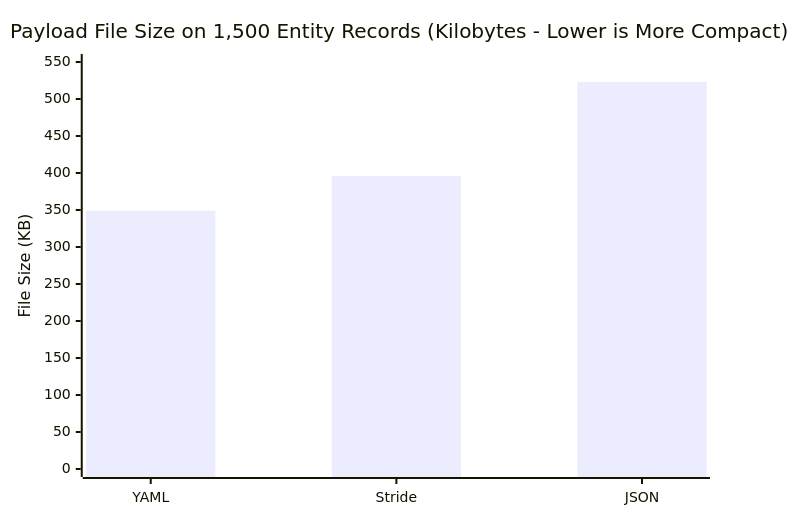
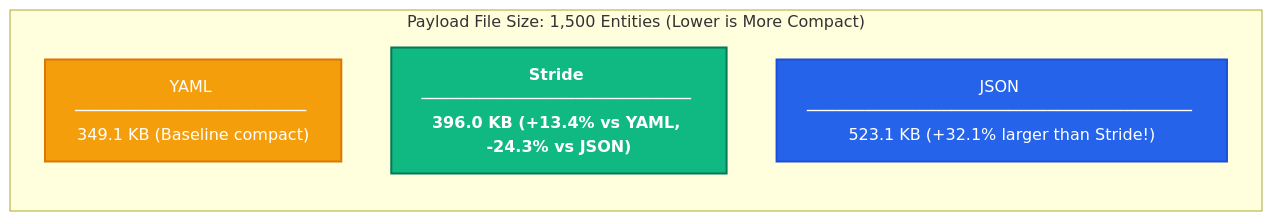
Before and after one commit to StrideLang/strideparser: the fourth of 4 diagrams in doc/standalone_data_schema_validation.md, drawn with Mermaid. The commit also changed other lines of this file, not shown here.

Commit message:
doc: add colored SVG and styled Mermaid graphs for Stride, JSON, and YAML benchmarks

````diff
--- a/doc/standalone_data_schema_validation.md
+++ b/doc/standalone_data_schema_validation.md
@@ -271,7 +403,13 @@
 ```mermaid
-xychart-beta
-    title "Payload File Size on 1,500 Entity Records (Kilobytes - Lower is More Compact)"
-    x-axis ["YAML", "Stride", "JSON"]
-    y-axis "File Size (KB)" 0 --> 550
-    bar [349.1, 396.0, 523.1]
+flowchart LR
+    subgraph Size["Payload File Size: 1,500 Entities (Lower is More Compact)"]
+        direction TB
+        s1["YAML ──────────────────────── 349.1 KB (Baseline compact)"]:::yamlRyml
+        s2["Stride ──────────────────────────── 396.0 KB (+13.4% vs YAML, -24.3% vs JSON)"]:::stride
+        s3["JSON ──────────────────────────────────────── 523.1 KB (+32.1% larger than Stride!)"]:::jsonSimd
+    end
+
+    classDef stride fill:#10b981,stroke:#047857,stroke-width:2px,color:#ffffff,font-weight:bold
+    classDef yamlRyml fill:#f59e0b,stroke:#d97706,stroke-width:2px,color:#ffffff
+    classDef jsonSimd fill:#2563eb,stroke:#1d4ed8,stroke-width:2px,color:#ffffff
 ```
````
